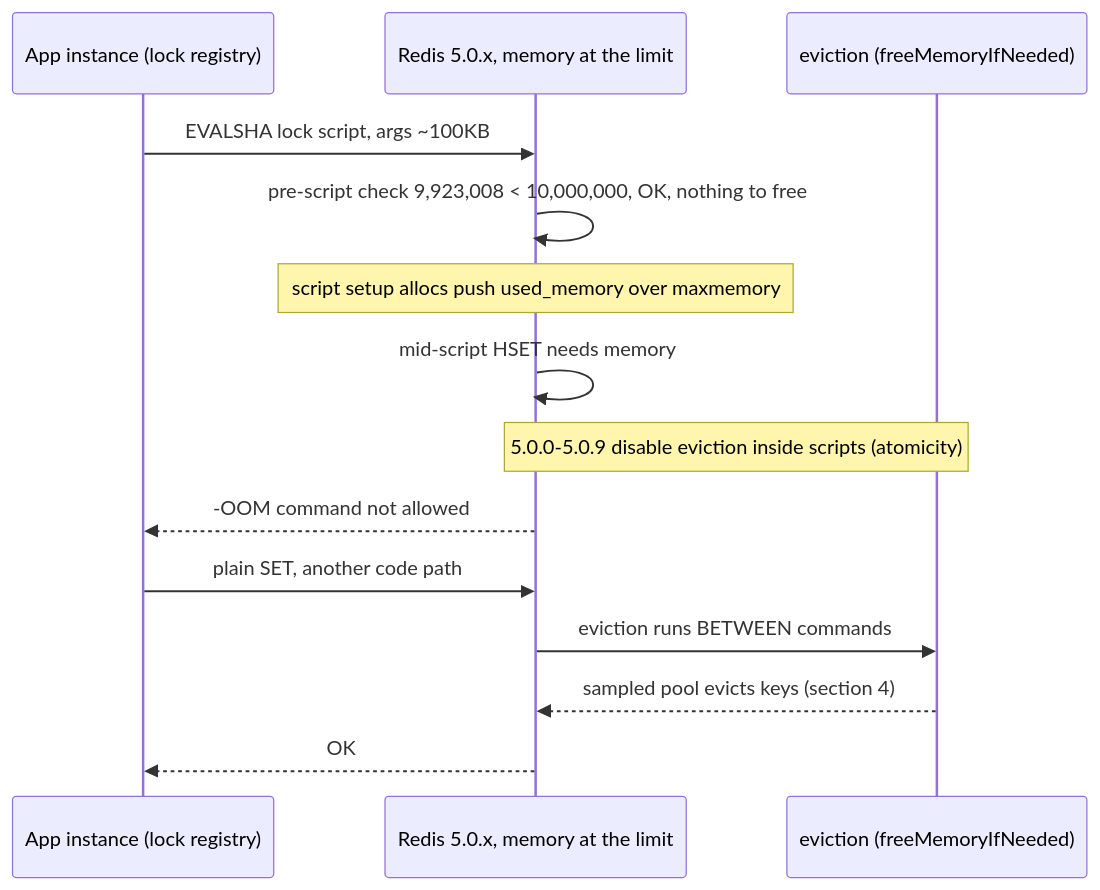
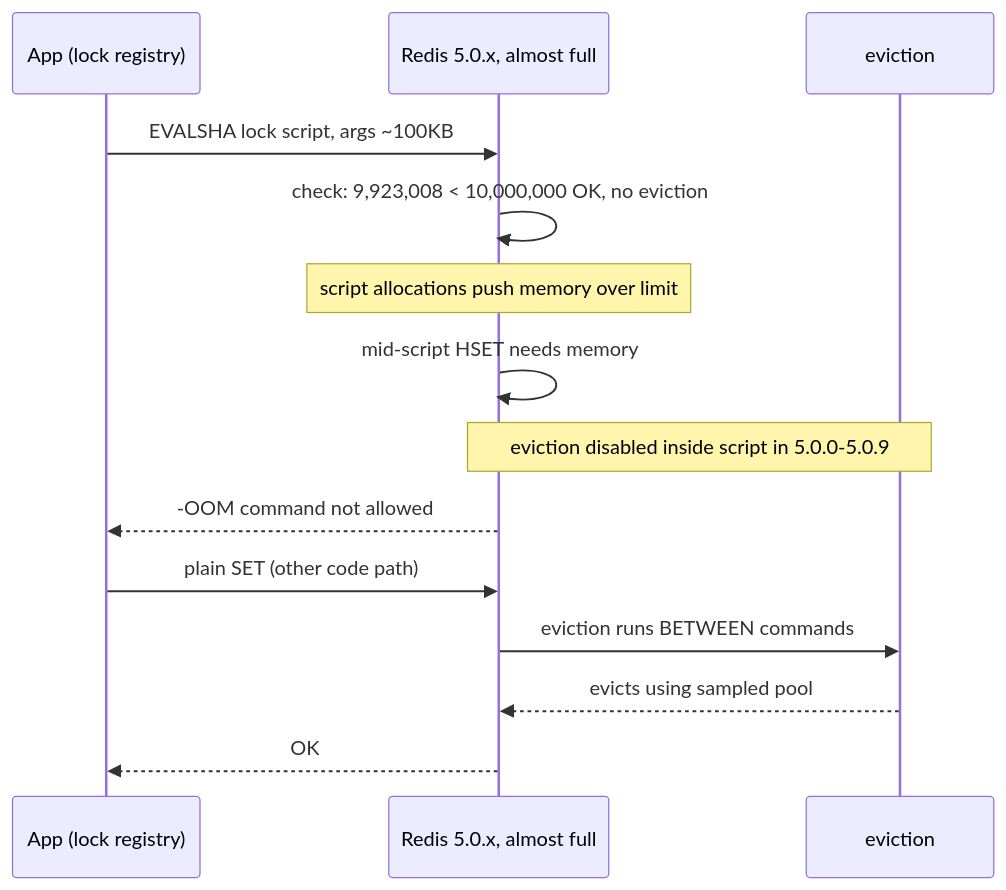
Before and after one commit to mayurjp/dev-blog: the third of 4 diagrams in _posts/2025-12-05-caching-strategies-ttl-and-eviction.md, drawn with Mermaid. The commit also changed other lines of this file and 383 other files, not shown here.

````diff
--- a/_posts/2025-12-05-caching-strategies-ttl-and-eviction.md
+++ b/_posts/2025-12-05-caching-strategies-ttl-and-eviction.md
@@ -214,17 +229,17 @@
 ```mermaid
 sequenceDiagram
-    participant APP as App instance (lock registry)
-    participant R as Redis 5.0.x, memory at the limit
-    participant POOL as eviction (freeMemoryIfNeeded)
+    participant APP as App (lock registry)
+    participant R as Redis 5.0.x, almost full
+    participant POOL as eviction
 
     APP->>R: EVALSHA lock script, args ~100KB
-    R->>R: pre-script check 9,923,008 < 10,000,000, OK, nothing to free
-    Note over R: script setup allocs push used_memory over maxmemory
+    R->>R: check: 9,923,008 < 10,000,000 OK, no eviction
+    Note over R: script allocations push memory over limit
     R->>R: mid-script HSET needs memory
-    Note over R,POOL: 5.0.0-5.0.9 disable eviction inside scripts (atomicity)
+    Note over R,POOL: eviction disabled inside script in 5.0.0-5.0.9
     R-->>APP: -OOM command not allowed
-    APP->>R: plain SET, another code path
+    APP->>R: plain SET (other code path)
     R->>POOL: eviction runs BETWEEN commands
-    POOL-->>R: sampled pool evicts keys (section 4)
+    POOL-->>R: evicts using sampled pool
     R-->>APP: OK
 ```
````
